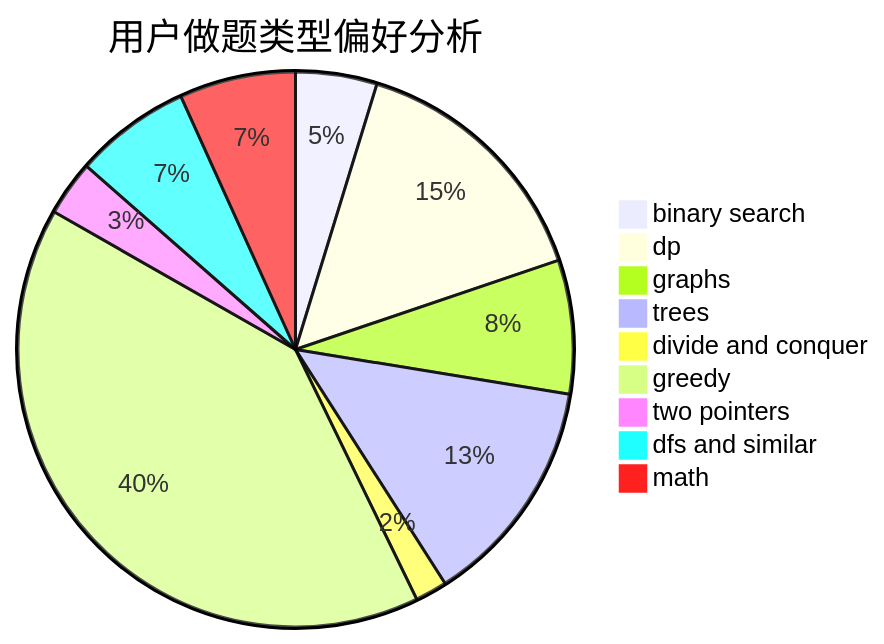
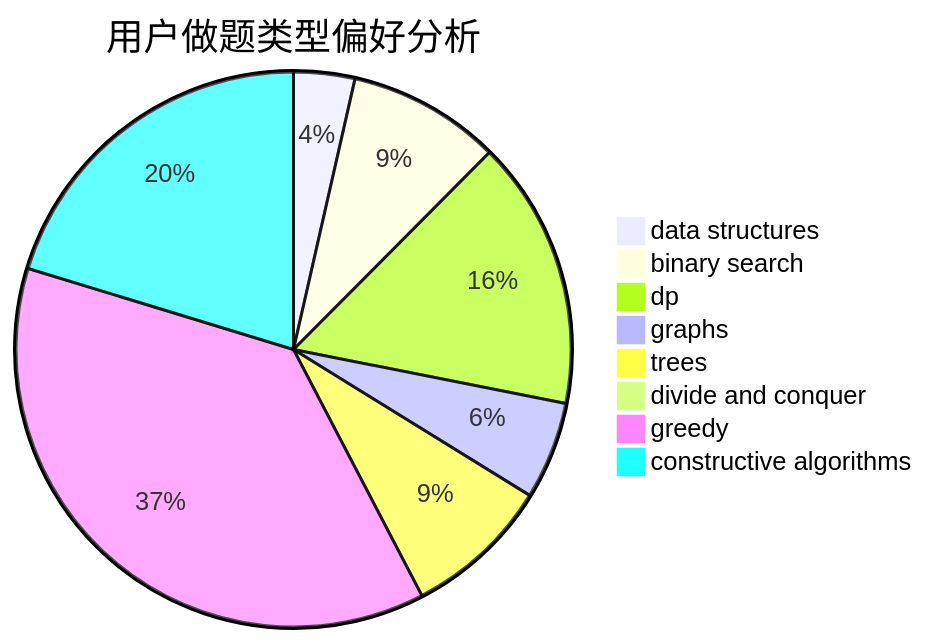
One commit to sherpahu/cfrs.github.io changed the second of 3 diagrams in docs/user/u1277.md. Above: the diagram before and after it, drawn with Mermaid. The commit also changed other lines of this file and 2775 other files, not shown here.

````diff
--- a/docs/user/u1277.md
+++ b/docs/user/u1277.md
@@ -23,12 +23,11 @@
 ```mermaid
 pie title 用户做题类型偏好分析
-    "binary search" :  28
-    "dp" :  89
-    "graphs" :  46
-    "trees" :  79
-    "divide and conquer" :  11
-    "greedy" :  239
-    "two pointers" :  19
-    "dfs and similar" :  40
-    "math" :  40
+    "data structures" :  10
+    "binary search" :  25
+    "dp" :  44
+    "graphs" :  16
+    "trees" :  24
+    "divide and conquer" :  0
+    "greedy" :  105
+    "constructive algorithms" :  57
 ```
````
